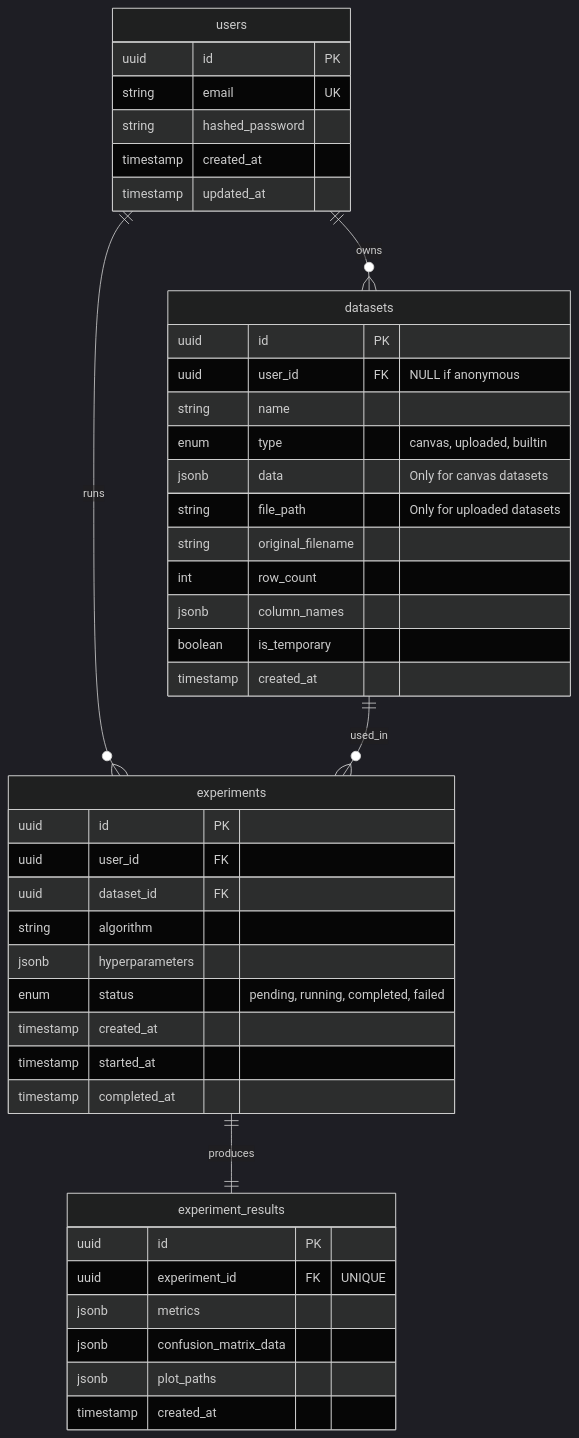
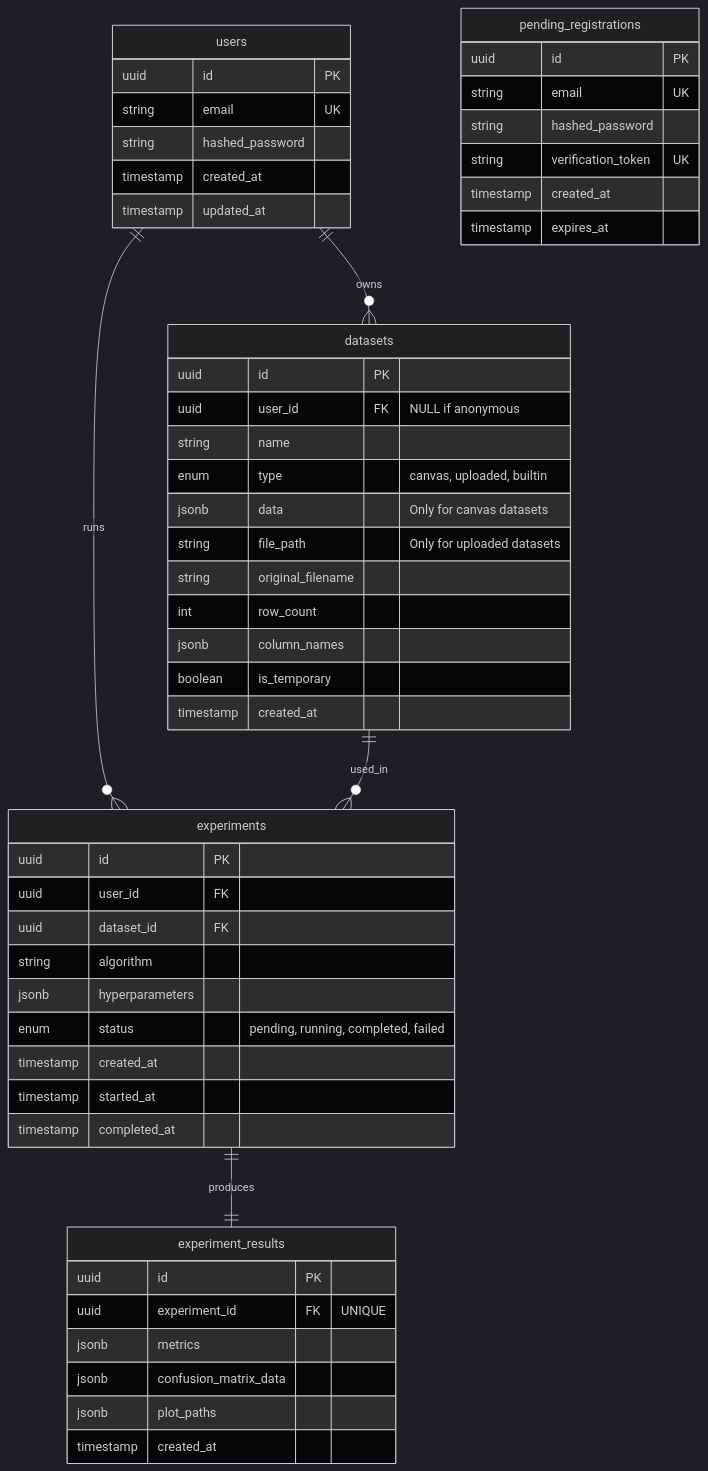
One commit to xadla/ml-playground changed the diagram in docs/database-schema.md. Above: the diagram before and after it, drawn with Mermaid (dark theme). The commit also changed other lines of this file and 6 other files, not shown here.

Commit message:
docs: add email verification to docs

````diff
--- a/docs/database-schema.md
+++ b/docs/database-schema.md
@@ -13,50 +13,60 @@
 ```mermaid
 erDiagram
     users {
         uuid id PK
         string email UK
         string hashed_password
         timestamp created_at
         timestamp updated_at
+    }
+
+    pending_registrations {
+        uuid id PK
+        string email UK
+        string hashed_password
+        string verification_token UK
+        timestamp created_at
+        timestamp expires_at
     }
 
     datasets {
         uuid id PK
         uuid user_id FK "NULL if anonymous"
         string name
         enum type "canvas, uploaded, builtin"
         jsonb data "Only for canvas datasets"
         string file_path "Only for uploaded datasets"
         string original_filename
         int row_count
         jsonb column_names
         boolean is_temporary
         timestamp created_at
     }
 
     experiments {
         uuid id PK
         uuid user_id FK
         uuid dataset_id FK
         string algorithm
         jsonb hyperparameters
         enum status "pending, running, completed, failed"
         timestamp created_at
         timestamp started_at
         timestamp completed_at
     }
 
     experiment_results {
         uuid id PK
         uuid experiment_id FK "UNIQUE"
         jsonb metrics
         jsonb confusion_matrix_data
         jsonb plot_paths
         timestamp created_at
     }
 
     users ||--o{ datasets : owns
     users ||--o{ experiments : runs
     datasets ||--o{ experiments : used_in
     experiments ||--|| experiment_results : produces
+    %% No direct relationship between pending_registrations and users
 ```
````
